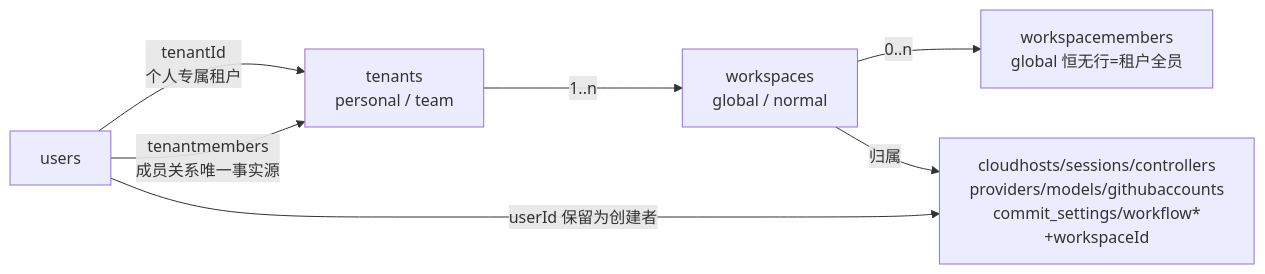
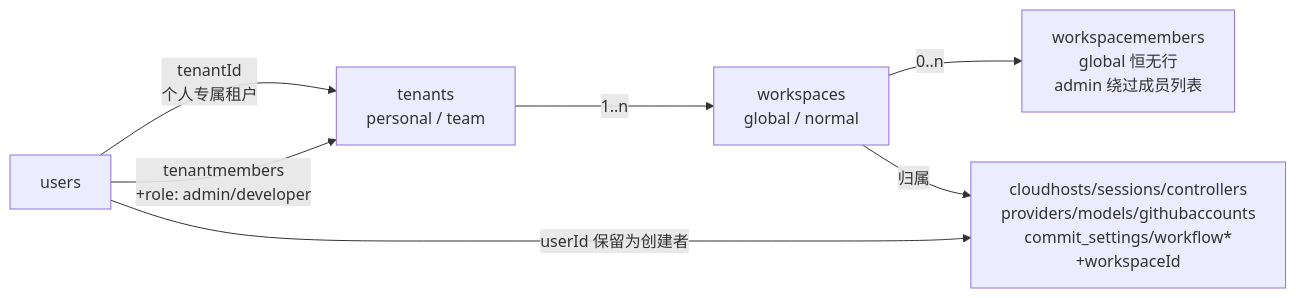
Before and after one commit to Deliay/z-agent-gear: the first of 8 diagrams in docs/engineering/proposals/20261028-feat-multi-tenant-phase2.md, drawn with Mermaid. The commit also changed other lines of this file and 3 other files, not shown here.

````diff
--- a/docs/engineering/proposals/20261028-feat-multi-tenant-phase2.md
+++ b/docs/engineering/proposals/20261028-feat-multi-tenant-phase2.md
@@ -23,9 +26,9 @@
 ```mermaid
 flowchart LR
     U[users] -->|tenantId<br/>个人专属租户| T[tenants<br/>personal / team]
-    U -->|tenantmembers<br/>成员关系唯一事实源| T
+    U -->|tenantmembers<br/>+role: admin/developer| T
     T -->|1..n| W[workspaces<br/>global / normal]
-    W -->|0..n| WM[workspacemembers<br/>global 恒无行=租户全员]
+    W -->|0..n| WM[workspacemembers<br/>global 恒无行<br/>admin 绕过成员列表]
     W -->|归属| R[cloudhosts/sessions/controllers<br/>providers/models/githubaccounts<br/>commit_settings/workflow*<br/>+workspaceId]
     U -->|userId 保留为创建者| R
 ```
````
